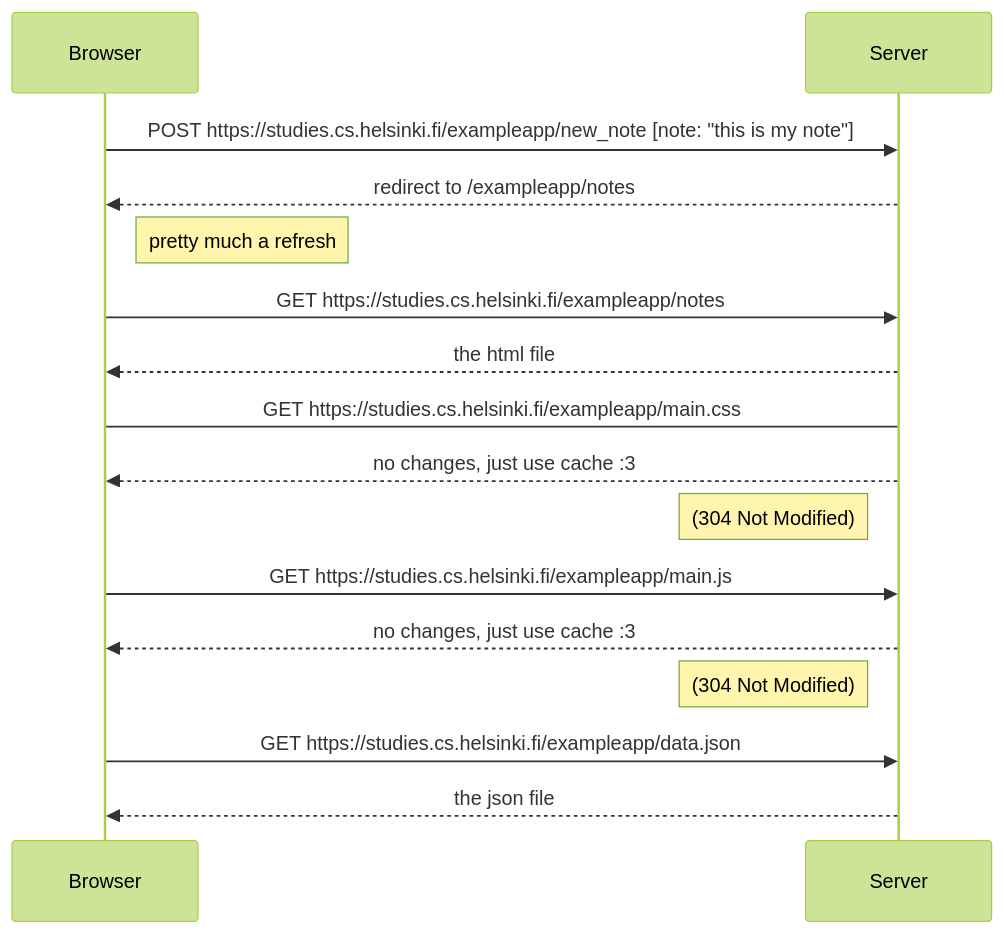
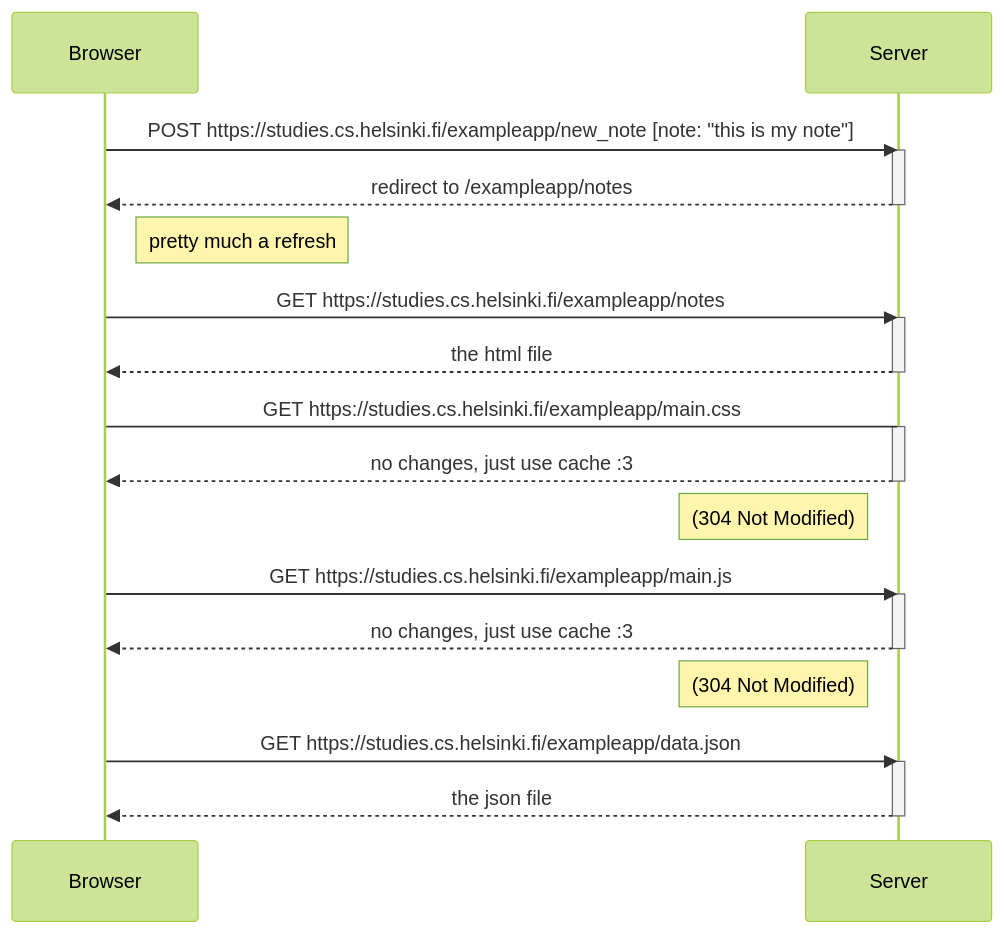
Before and after one commit to reddgab/fullstack-submissions: the diagram in Part 0/Exercise 0.4/flowchart.md, drawn with Mermaid (forest theme). The commit also changed 1 other file, not shown here.

Commit message:
Exercise 0.5 completed

````diff
--- a/Part 0/Exercise 0.4/flowchart.md
+++ b/Part 0/Exercise 0.4/flowchart.md
@@ -1,16 +1,33 @@
 ```mermaid
 sequenceDiagram
+    participant Browser
+    participant Server
     Browser->>Server: POST https://studies.cs.helsinki.fi/exampleapp/new_note [note: "this is my note"]
+    activate Server
     Server-->>Browser: redirect to /exampleapp/notes
+    deactivate Server
+    
     note right of Browser: pretty much a refresh
     Browser->>Server: GET https://studies.cs.helsinki.fi/exampleapp/notes
+    activate Server
     Server-->>Browser: the html file
+    deactivate Server
+    
     Browser->Server: GET https://studies.cs.helsinki.fi/exampleapp/main.css
+    activate Server
     Server-->>Browser: no changes, just use cache :3
+    deactivate Server
+    
     note left of Server: (304 Not Modified)
     Browser->>Server: GET https://studies.cs.helsinki.fi/exampleapp/main.js
+    activate Server
     Server-->>Browser: no changes, just use cache :3
+    deactivate Server
+    
     note left of Server: (304 Not Modified)
     Browser->>Server: GET https://studies.cs.helsinki.fi/exampleapp/data.json
+    activate Server
     Server-->>Browser: the json file
+    deactivate Server
+    
 ```
````
